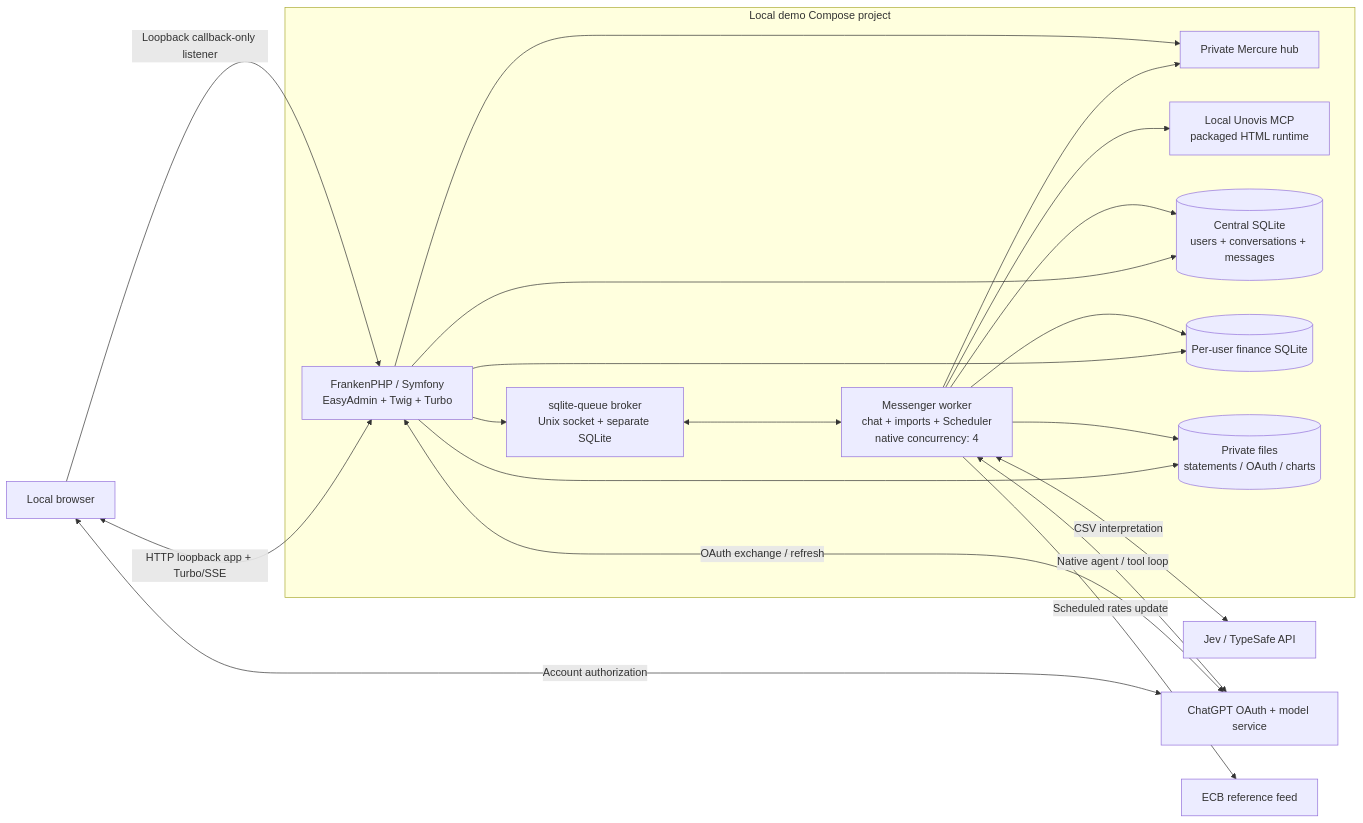
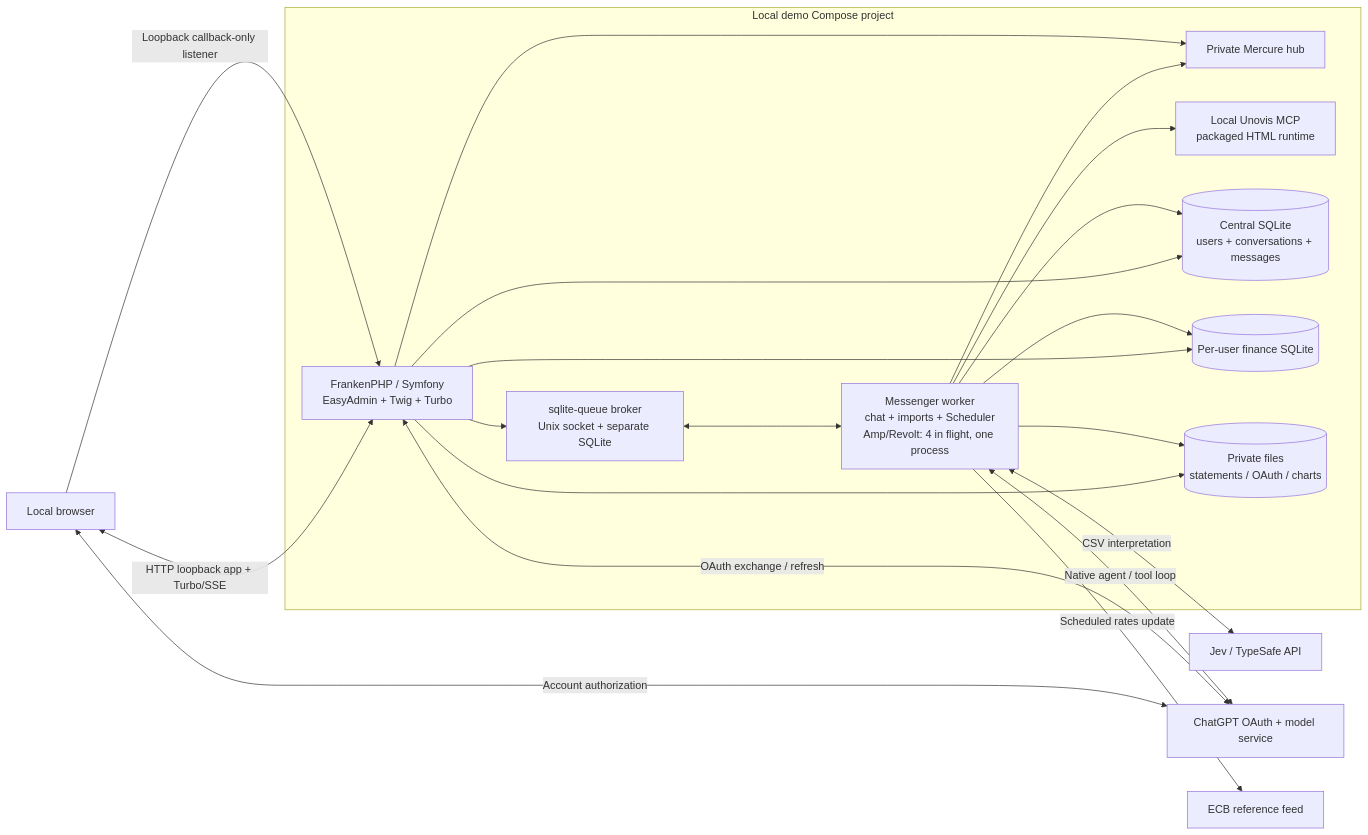
Before and after one commit to ineersa/personal-finance-agent: the first of 4 diagrams in ARCHITECTURE.md, drawn with Mermaid. The commit also changed other lines of this file and 18 other files, not shown here.

Commit message:
Run finance workers and tool calls cooperatively on Amp and Revolt

````diff
--- a/ARCHITECTURE.md
+++ b/ARCHITECTURE.md
@@ -9,35 +9,35 @@
 ```mermaid
 flowchart LR
     Browser["Local browser"]
     Jev["Jev / TypeSafe API"]
     ChatGPT["ChatGPT OAuth + model service"]
     ECB["ECB reference feed"]
     subgraph Docker["Local demo Compose project"]
         PHP["FrankenPHP / Symfony\nEasyAdmin + Twig + Turbo"]
         Broker["sqlite-queue broker\nUnix socket + separate SQLite"]
-        Worker["Messenger worker\nchat + imports + Scheduler\nnative concurrency: 4"]
+        Worker["Messenger worker\nchat + imports + Scheduler\nAmp/Revolt: 4 in flight, one process"]
         Hub["Private Mercure hub"]
         Charts["Local Unovis MCP\npackaged HTML runtime"]
         Central[("Central SQLite\nusers + conversations + messages")]
         Tenants[("Per-user finance SQLite")]
         Files[("Private files\nstatements / OAuth / charts")]
         PHP --> Broker
         Broker <--> Worker
         PHP --> Central
         PHP --> Tenants
         PHP --> Files
         Worker --> Central
         Worker --> Tenants
         Worker --> Files
         Worker --> Charts
         Worker --> Hub
         PHP --> Hub
     end
     Browser <-->|"HTTP loopback app + Turbo/SSE"| PHP
     Browser -->|"Loopback callback-only listener"| PHP
     Browser <-->|"Account authorization"| ChatGPT
     PHP <-->|"OAuth exchange / refresh"| ChatGPT
     Worker <-->|"Native agent / tool loop"| ChatGPT
     Worker <-->|"CSV interpretation"| Jev
     Worker -->|"Scheduled rates update"| ECB
 ```
````
